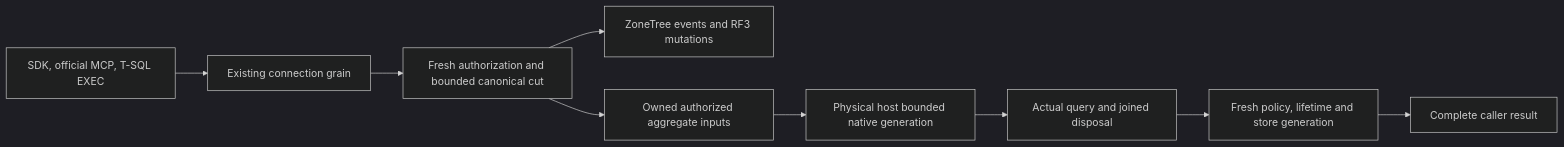
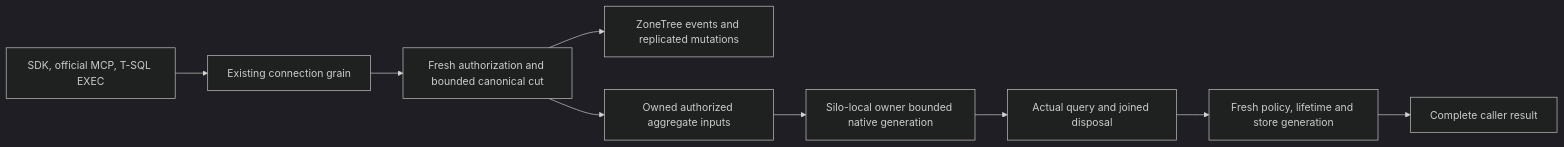
The diagram in docs/Features/AnalyticsStore.md (managedcode/KeyLoad), drawn with Mermaid (dark theme) before and after one commit. The commit also changed other lines of this file and 7356 other files, not shown here.

````diff
--- a/docs/Features/AnalyticsStore.md
+++ b/docs/Features/AnalyticsStore.md
@@ -89,11 +84,11 @@
 ```mermaid
 flowchart LR
     Caller[SDK, official MCP, T-SQL EXEC] --> Connection[Existing connection grain]
     Connection --> Canonical[Fresh authorization and bounded canonical cut]
-    Canonical --> Rows[ZoneTree events and RF3 mutations]
+    Canonical --> Rows[ZoneTree events and replicated mutations]
     Canonical --> Capture[Owned authorized aggregate inputs]
-    Capture --> Native[Physical host bounded native generation]
+    Capture --> Native[Silo-local owner bounded native generation]
     Native --> Join[Actual query and joined disposal]
     Join --> Recheck[Fresh policy, lifetime and store generation]
     Recheck --> Result[Complete caller result]
 ```
````
